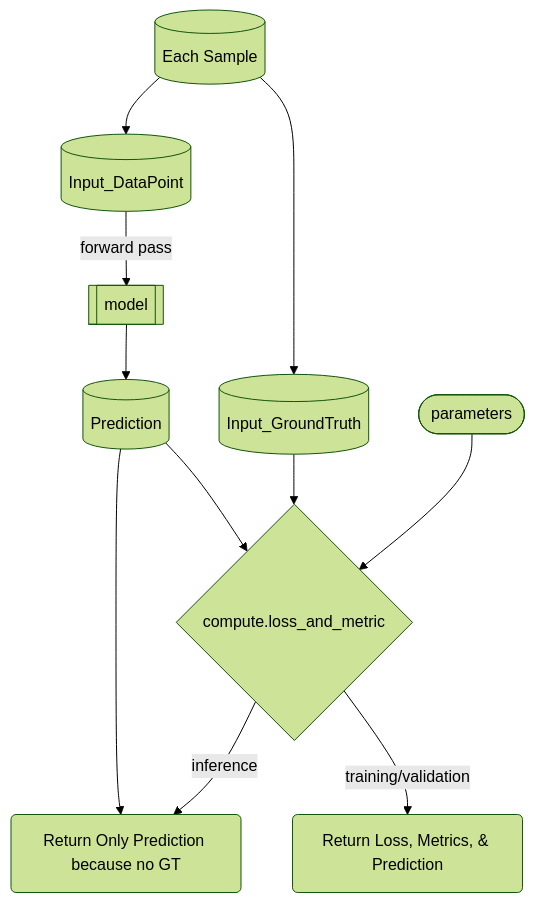
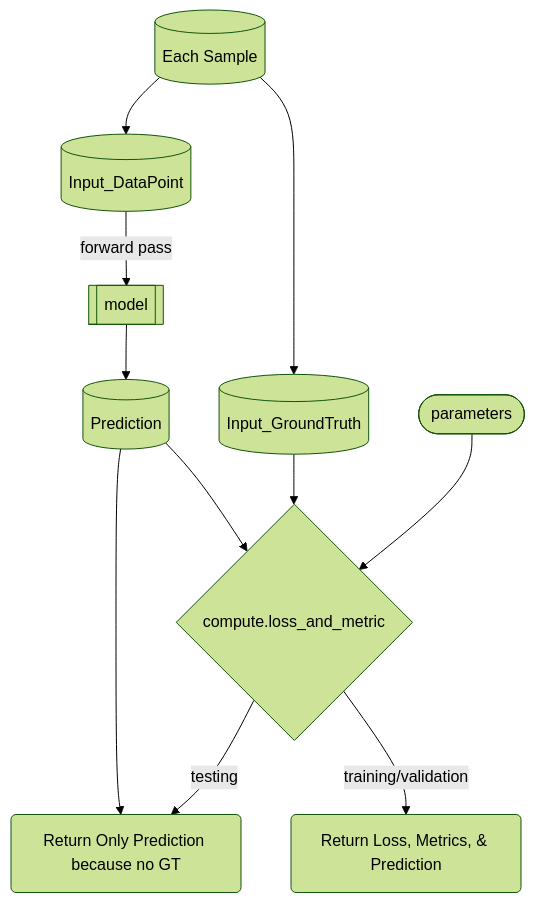
Before and after one commit to szmazurek/GaNDLF: the seventh of 8 diagrams in docs/flowchart.md, drawn with Mermaid (forest theme).

````diff
--- a/docs/flowchart.md
+++ b/docs/flowchart.md
@@ -117,12 +117,12 @@
 ```mermaid
 flowchart TD
     Each_Sample --> Input_GroundTruth[(Input_GroundTruth)] -->type{compute.loss_and_metric}
     Each_Sample[(Each Sample)] -->Input_DataPoint
     Input_DataPoint[(Input_DataPoint)] -->|forward pass| model[[model]]
     model --> Prediction[(Prediction)]
     Prediction --> type{compute.loss_and_metric}
     parameters([parameters]) --> type
     type -->|training/validation| loss(Return Loss, Metrics, & Prediction)
-    type -->|inference| inferences_metrics(Return Only Prediction because no GT)
+    type -->|testing| inferences_metrics(Return Only Prediction because no GT)
     Prediction --> inferences_metrics
 ```
````
